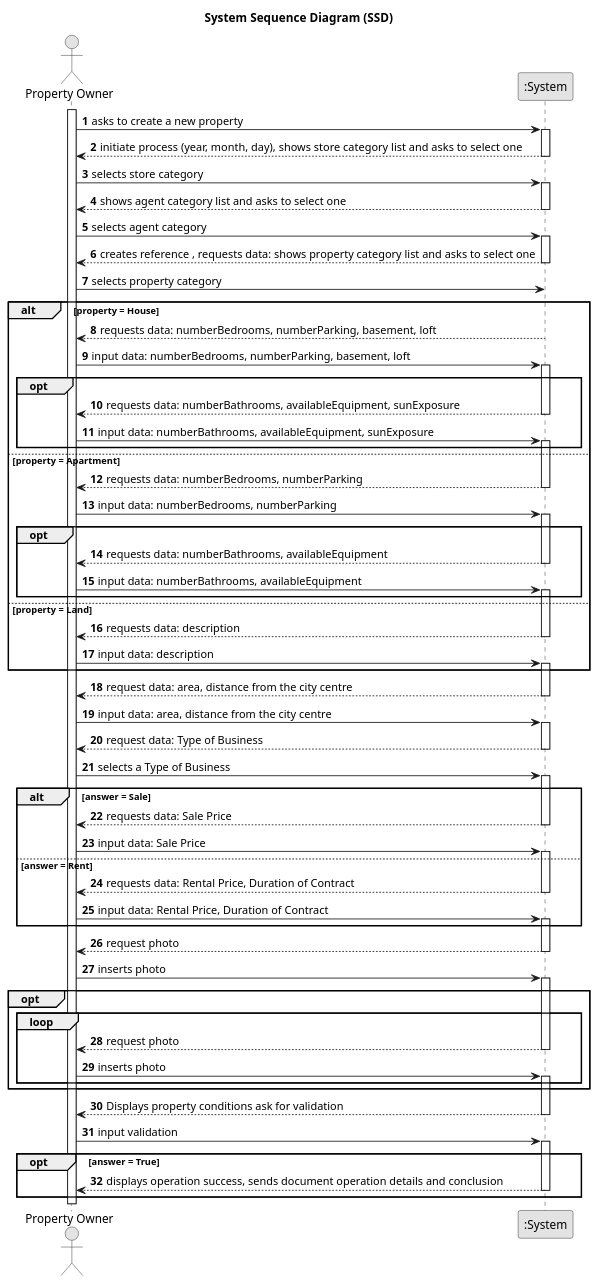
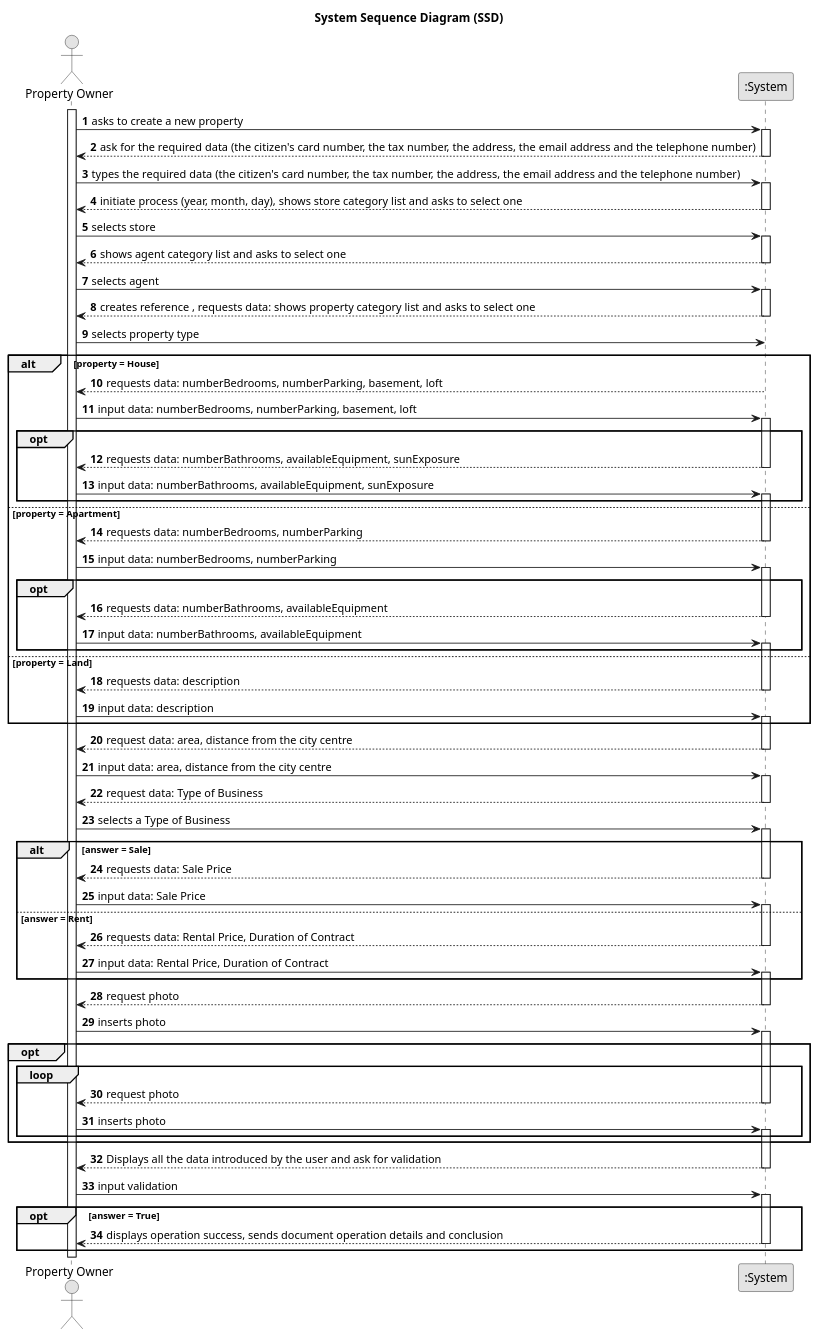
Before and after one commit to PEDROMOREIRA45/lei-23-s2-1dg-g31: the diagram in docs/sprintA/us004/01.requirements-engineering/puml/us004-system-sequence-diagram.puml, drawn with PlantUML. The commit also changed 2 other files, not shown here.

```diff
--- a/docs/sprintA/us004/01.requirements-engineering/puml/us004-system-sequence-diagram.puml
+++ b/docs/sprintA/us004/01.requirements-engineering/puml/us004-system-sequence-diagram.puml
@@ -1,129 +1,135 @@
 @startuml
 skinparam monochrome true
 skinparam packageStyle rectangle
 skinparam shadowing false
 
 title System Sequence Diagram (SSD)
 
 autonumber
 
 actor "Property Owner" as User
 participant ":System" as System
 
 activate User
 
         User -> System : asks to create a new property
     activate System
 
+        System --> User :ask for the required data (the citizen's card number, the tax number, the address, the email address and the telephone number)
+    deactivate System
+
+        User -> System : types the required data (the citizen's card number, the tax number, the address, the email address and the telephone number)
+    activate System
+
 	    System --> User :initiate process (year, month, day), shows store category list and asks to select one
     deactivate System
 
-        User -> System : selects store category
+        User -> System : selects store
     activate System
 
 	    System --> User : shows agent category list and asks to select one
     deactivate System
 
-        User -> System : selects agent category
+        User -> System : selects agent
     activate System
 
 	    System --> User : creates reference , requests data: shows property category list and asks to select one
     deactivate System
 
-        User -> System : selects property category
+        User -> System : selects property type
 
 
     alt property = House
             System --> User : requests data: numberBedrooms, numberParking, basement, loft
         deactivate System
 
                 User -> System : input data: numberBedrooms, numberParking, basement, loft
         activate System
 
             group opt
                 System --> User : requests data: numberBathrooms, availableEquipment, sunExposure
                 deactivate System
 
                 User -> System : input data: numberBathrooms, availableEquipment, sunExposure
                 activate System
             end
 
     else property = Apartment
                 System --> User : requests data: numberBedrooms, numberParking
             deactivate System
 
                     User -> System : input data: numberBedrooms, numberParking
             activate System
 
             group opt
                     System --> User : requests data: numberBathrooms, availableEquipment
                     deactivate System
 
                     User -> System : input data: numberBathrooms, availableEquipment
                     activate System
             end
 
     else property = Land
                     System --> User : requests data: description
                 deactivate System
 
                         User -> System : input data: description
                 activate System
     end
 
         System --> User : request data: area, distance from the city centre
     deactivate System
 
         User -> System : input data: area, distance from the city centre
     activate System
 
 	    System --> User : request data: Type of Business
     deactivate System
 
         User -> System : selects a Type of Business
     activate System
 
     alt answer = Sale
         System --> User : requests data: Sale Price
     deactivate System
 
         User -> System : input data: Sale Price
         activate System
 
 
     else answer = Rent
                         System --> User : requests data: Rental Price, Duration of Contract
                     deactivate System
 
                             User -> System : input data: Rental Price, Duration of Contract
                     activate System
     end
                 System --> User : request photo
         deactivate System
 
     	        User -> System : inserts photo
         activate System
     group opt
     loop
             System --> User : request photo
     deactivate System
 
 	        User -> System : inserts photo
     activate System
 
     end
 
     end
-            System --> User : Displays property conditions ask for validation
+            System --> User : Displays all the data introduced by the user and ask for validation
     deactivate System
 
             User -> System : input validation
     activate System
 
     group opt [answer = True]
             System --> User : displays operation success, sends document operation details and conclusion
         deactivate System
     end
 
 
 @enduml
```
